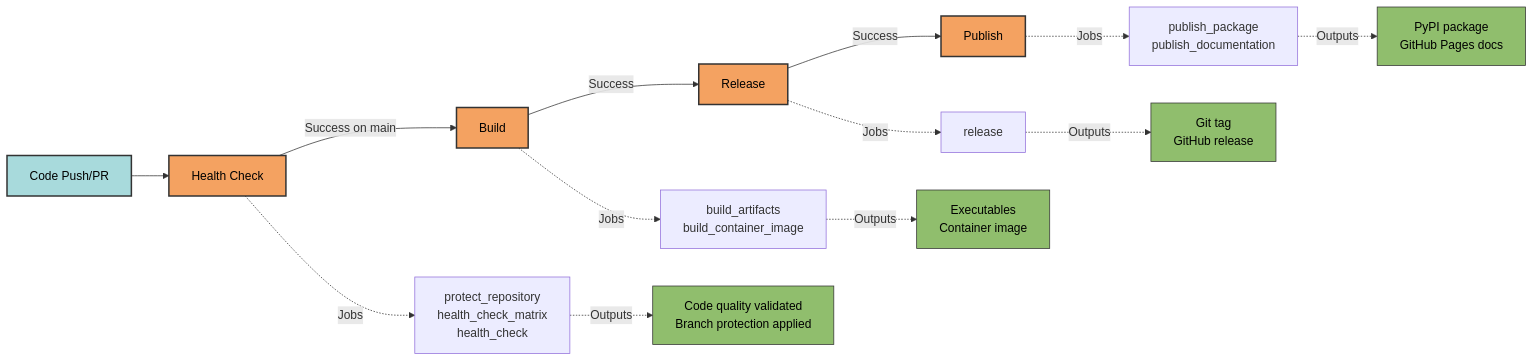
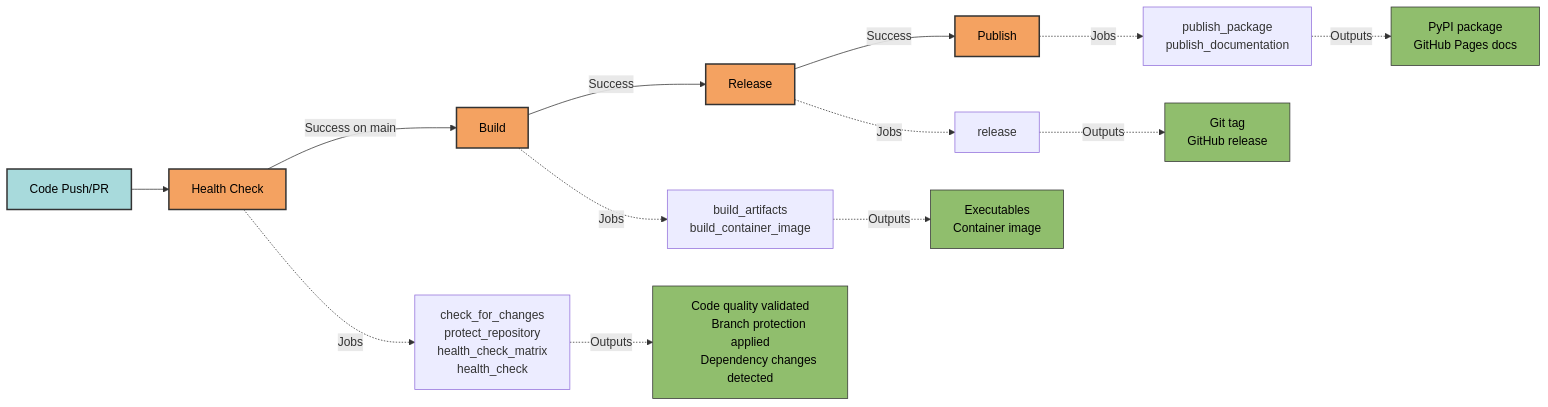
One commit to Winipedia/pyrig changed the third of 4 diagrams in docs/configs/workflows/architecture.md. Above: the diagram before and after it, drawn with Mermaid. The commit also changed other lines of this file and 10 other files, not shown here.

````diff
--- a/docs/configs/workflows/architecture.md
+++ b/docs/configs/workflows/architecture.md
@@ -117,27 +117,36 @@
 ```mermaid
 graph LR
     A[Code Push/PR] --> B[Health Check]
     B -->|Success on main| C[Build]
     C -->|Success| D[Release]
     D -->|Success| E[Publish]
 
-    B -.->|Jobs| B1[protect_repository<br/>health_check_matrix<br/>health_check]
+    B -.->|Jobs| B1[
+      check_for_changes
+      protect_repository
+      health_check_matrix
+      health_check
+    ]
     C -.->|Jobs| C1[build_artifacts<br/>build_container_image]
     D -.->|Jobs| D1[release]
     E -.->|Jobs| E1[publish_package<br/>publish_documentation]
 
-    B1 -.->|Outputs| B2[Code quality validated<br/>Branch protection applied]
+    B1 -.->|Outputs| B2[
+      Code quality validated
+      Branch protection applied
+      Dependency changes detected
+    ]
     C1 -.->|Outputs| C2[Executables<br/>Container image]
     D1 -.->|Outputs| D2[Git tag<br/>GitHub release]
     E1 -.->|Outputs| E2[PyPI package<br/>GitHub Pages docs]
 
     style A fill:#a8dadc,stroke:#333,stroke-width:2px,color:#000
     style B fill:#f4a261,stroke:#333,stroke-width:2px,color:#000
     style C fill:#f4a261,stroke:#333,stroke-width:2px,color:#000
     style D fill:#f4a261,stroke:#333,stroke-width:2px,color:#000
     style E fill:#f4a261,stroke:#333,stroke-width:2px,color:#000
     style B2 fill:#90be6d,stroke:#333,stroke-width:1px,color:#000
     style C2 fill:#90be6d,stroke:#333,stroke-width:1px,color:#000
     style D2 fill:#90be6d,stroke:#333,stroke-width:1px,color:#000
     style E2 fill:#90be6d,stroke:#333,stroke-width:1px,color:#000
 ```
````
